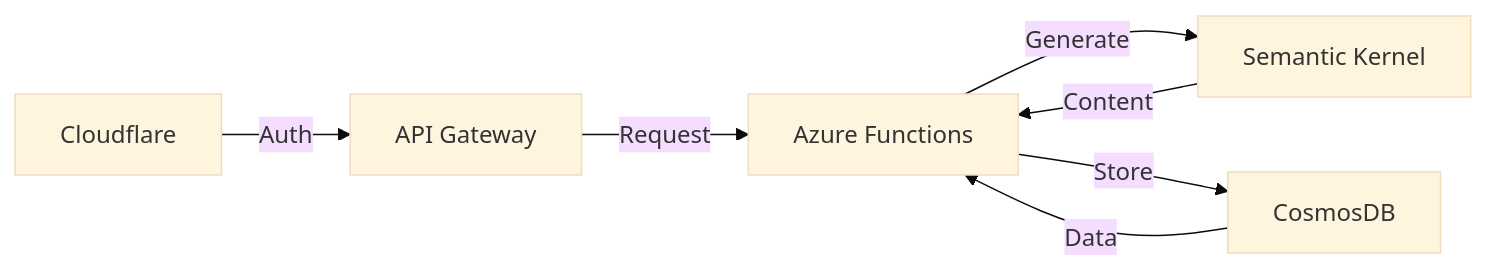
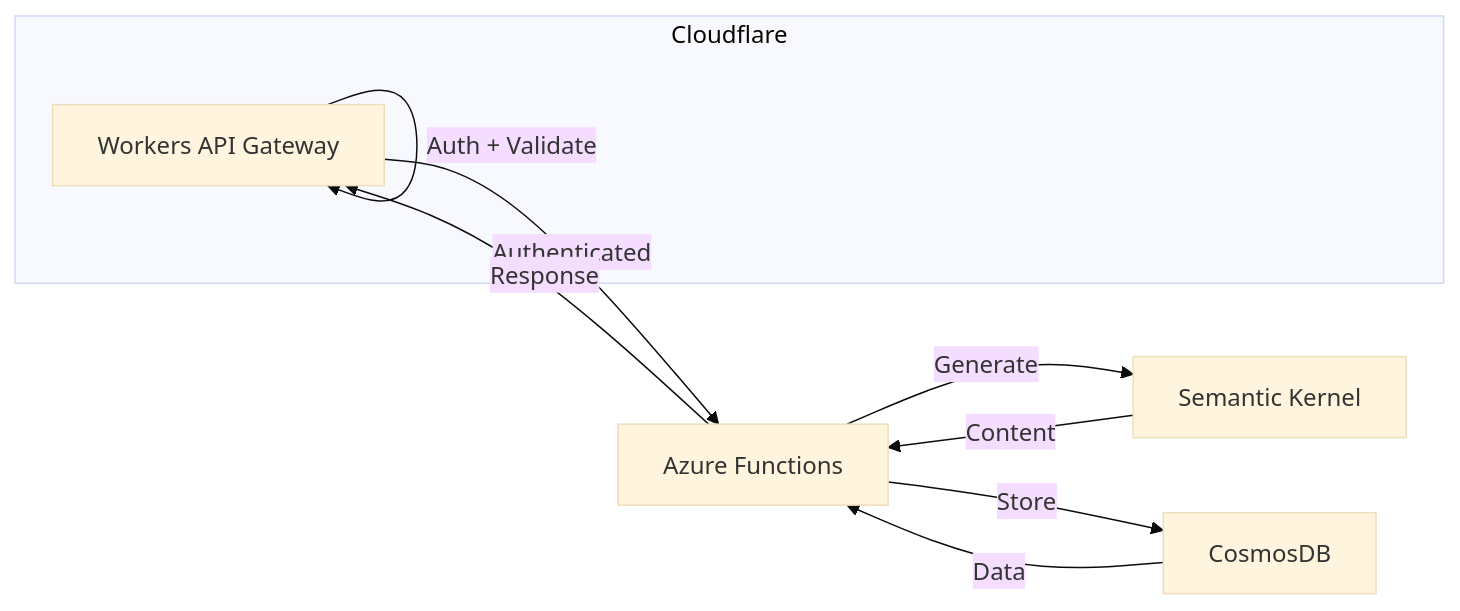
Before and after one commit to eric-fern/wizardteach: the third of 3 diagrams in README.md, drawn with Mermaid (base theme). The commit also changed other lines of this file, not shown here.

````diff
--- a/README.md
+++ b/README.md
@@ -29,9 +38,13 @@
 ```mermaid
 graph LR
-    CF[Cloudflare] -->|Auth| APIM[API Gateway]
-    APIM -->|Request| AF[Azure Functions]
+    subgraph Cloudflare
+        CFW[Workers API Gateway]
+        CFW -->|Auth + Validate| CFW
+    end
+    CFW -->|Authenticated| AF[Azure Functions]
     AF -->|Generate| SK[Semantic Kernel]
     AF -->|Store| DB[CosmosDB]
     SK -->|Content| AF
     DB -->|Data| AF
+    AF -->|Response| CFW
 ```
````
